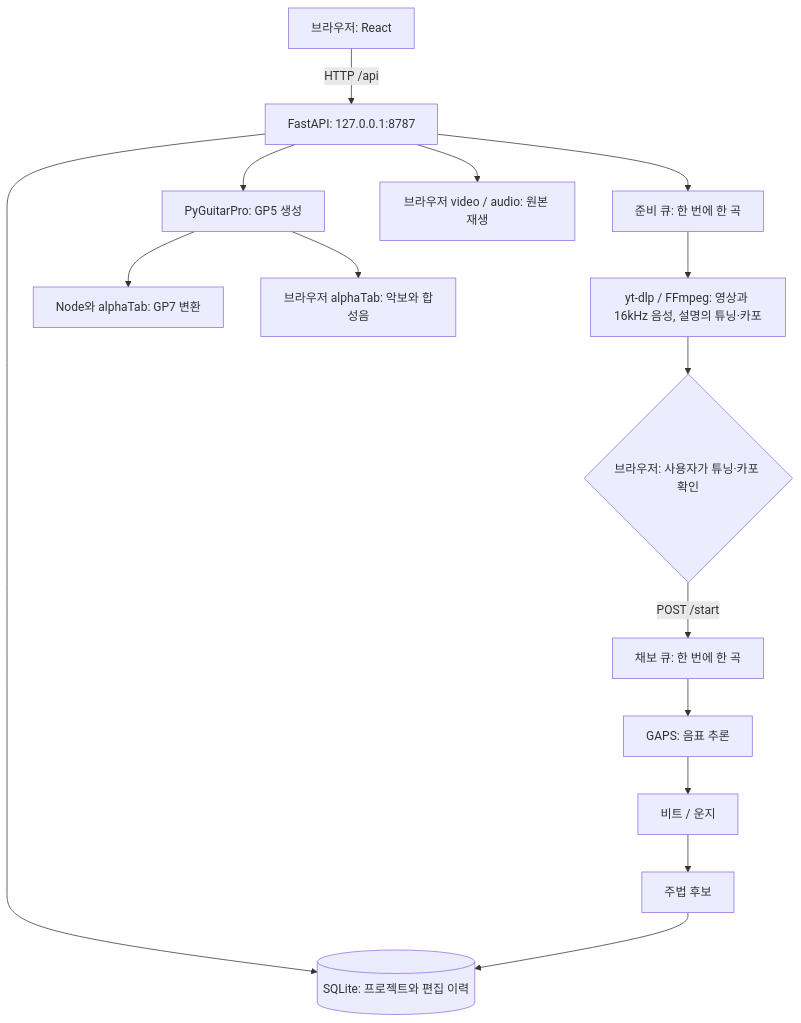
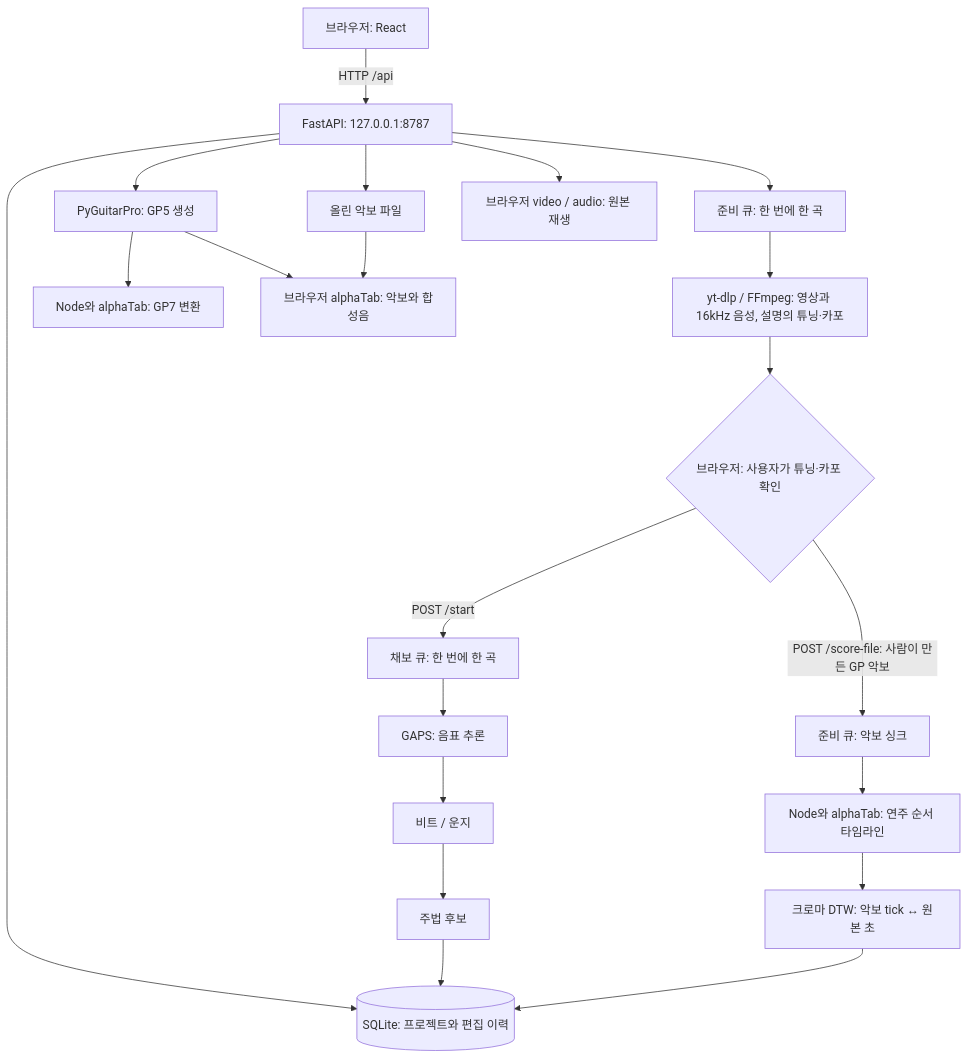
Before and after one commit to hyuunnn/TabSight: the first of 2 diagrams in docs/architecture.md, drawn with Mermaid. The commit also changed other lines of this file and 17 other files, not shown here.

````diff
--- a/docs/architecture.md
+++ b/docs/architecture.md
@@ -9,17 +9,22 @@
 ```mermaid
 flowchart TD
     U[브라우저: React] -->|HTTP /api| A[FastAPI: 127.0.0.1:8787]
     A --> D[(SQLite: 프로젝트와 편집 이력)]
     A --> R[준비 큐: 한 번에 한 곡]
     R --> M[yt-dlp / FFmpeg: 영상과 16kHz 음성, 설명의 튜닝·카포]
     M --> C{브라우저: 사용자가 튜닝·카포 확인}
     C -->|POST /start| Q[채보 큐: 한 번에 한 곡]
     Q --> G[GAPS: 음표 추론]
     G --> B[비트 / 운지]
     B --> F[주법 후보]
     F --> D
+    C -->|POST /score-file: 사람이 만든 GP 악보| Y[준비 큐: 악보 싱크]
+    Y --> T[Node와 alphaTab: 연주 순서 타임라인]
+    T --> K[크로마 DTW: 악보 tick ↔ 원본 초]
+    K --> D
     A --> E[PyGuitarPro: GP5 생성]
     E --> N[Node와 alphaTab: GP7 변환]
     E --> S[브라우저 alphaTab: 악보와 합성음]
+    A --> O[올린 악보 파일] --> S
     A --> P[브라우저 video / audio: 원본 재생]
 ```
````
